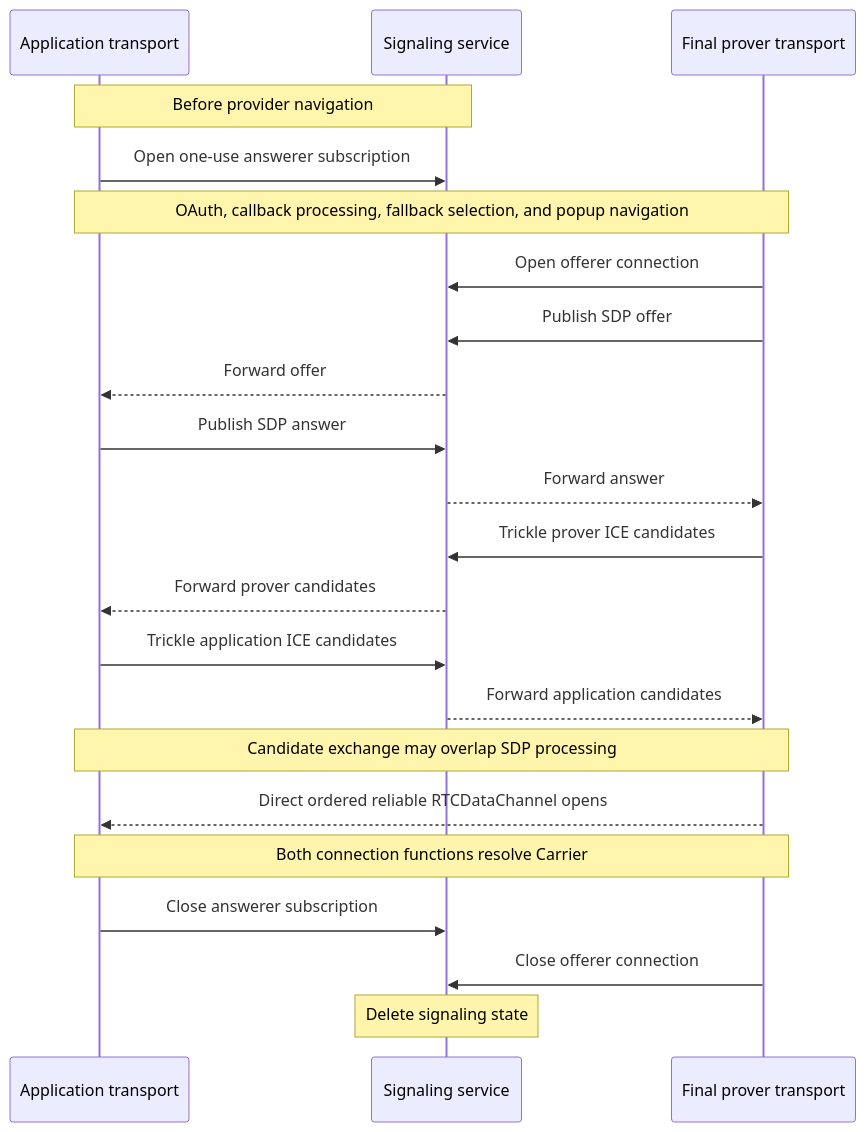
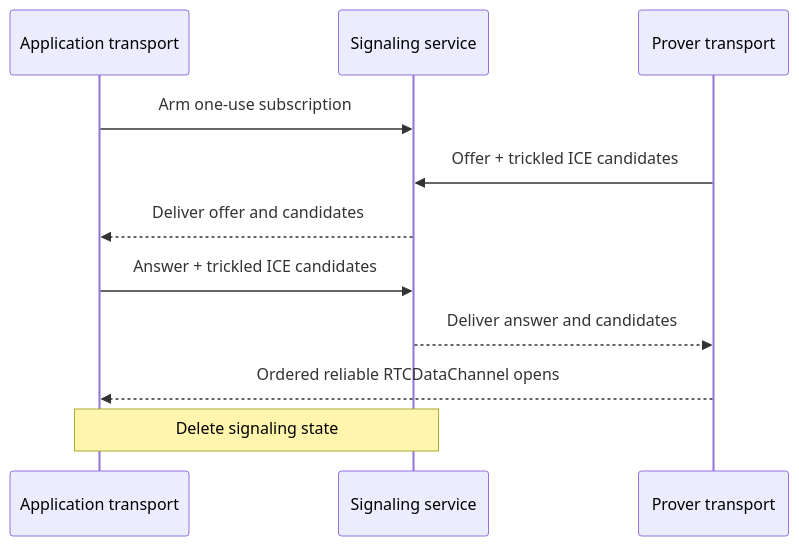
Before and after one commit to libid-org/libid: the diagram in ts/packages/ceremony/CCDP-CARRIER-WEBRTC.md, drawn with Mermaid. The commit also changed other lines of this file, not shown here.

Commit message:
docs: simplify RTC establishment diagram

````diff
--- a/ts/packages/ceremony/CCDP-CARRIER-WEBRTC.md
+++ b/ts/packages/ceremony/CCDP-CARRIER-WEBRTC.md
@@ -233,25 +227,14 @@
 ```mermaid
 sequenceDiagram
     participant A as Application transport
     participant G as Signaling service
-    participant P as Final prover transport
+    participant P as Prover transport
 
-    Note over A,G: Before provider navigation
-    A->>G: Open one-use answerer subscription
-    Note over A,P: OAuth, callback processing, fallback selection, and popup navigation
-    P->>G: Open offerer connection
-    P->>G: Publish SDP offer
-    G-->>A: Forward offer
-    A->>G: Publish SDP answer
-    G-->>P: Forward answer
-    P->>G: Trickle prover ICE candidates
-    G-->>A: Forward prover candidates
-    A->>G: Trickle application ICE candidates
-    G-->>P: Forward application candidates
-    Note over A,P: Candidate exchange may overlap SDP processing
-    P-->>A: Direct ordered reliable RTCDataChannel opens
-    Note over A,P: Both connection functions resolve Carrier
-    A->>G: Close answerer subscription
-    P->>G: Close offerer connection
-    Note over G: Delete signaling state
+    A->>G: Arm one-use subscription
+    P->>G: Offer + trickled ICE candidates
+    G-->>A: Deliver offer and candidates
+    A->>G: Answer + trickled ICE candidates
+    G-->>P: Deliver answer and candidates
+    P-->>A: Ordered reliable RTCDataChannel opens
+    Note over A,G: Delete signaling state
 ```
````
